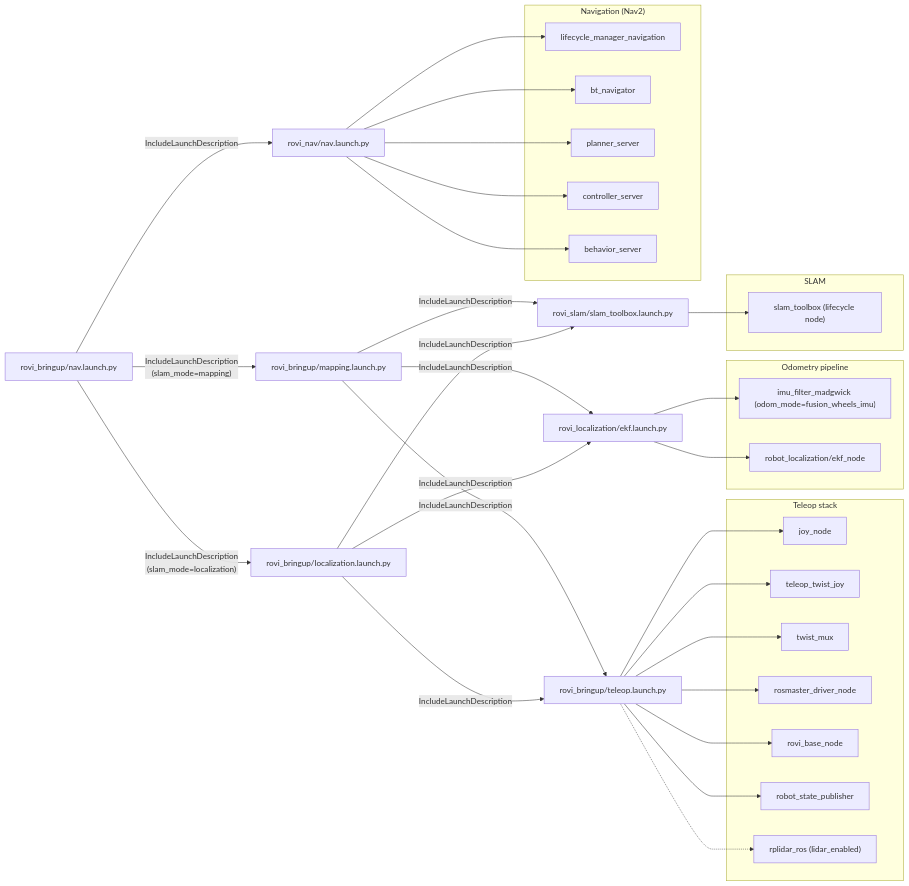
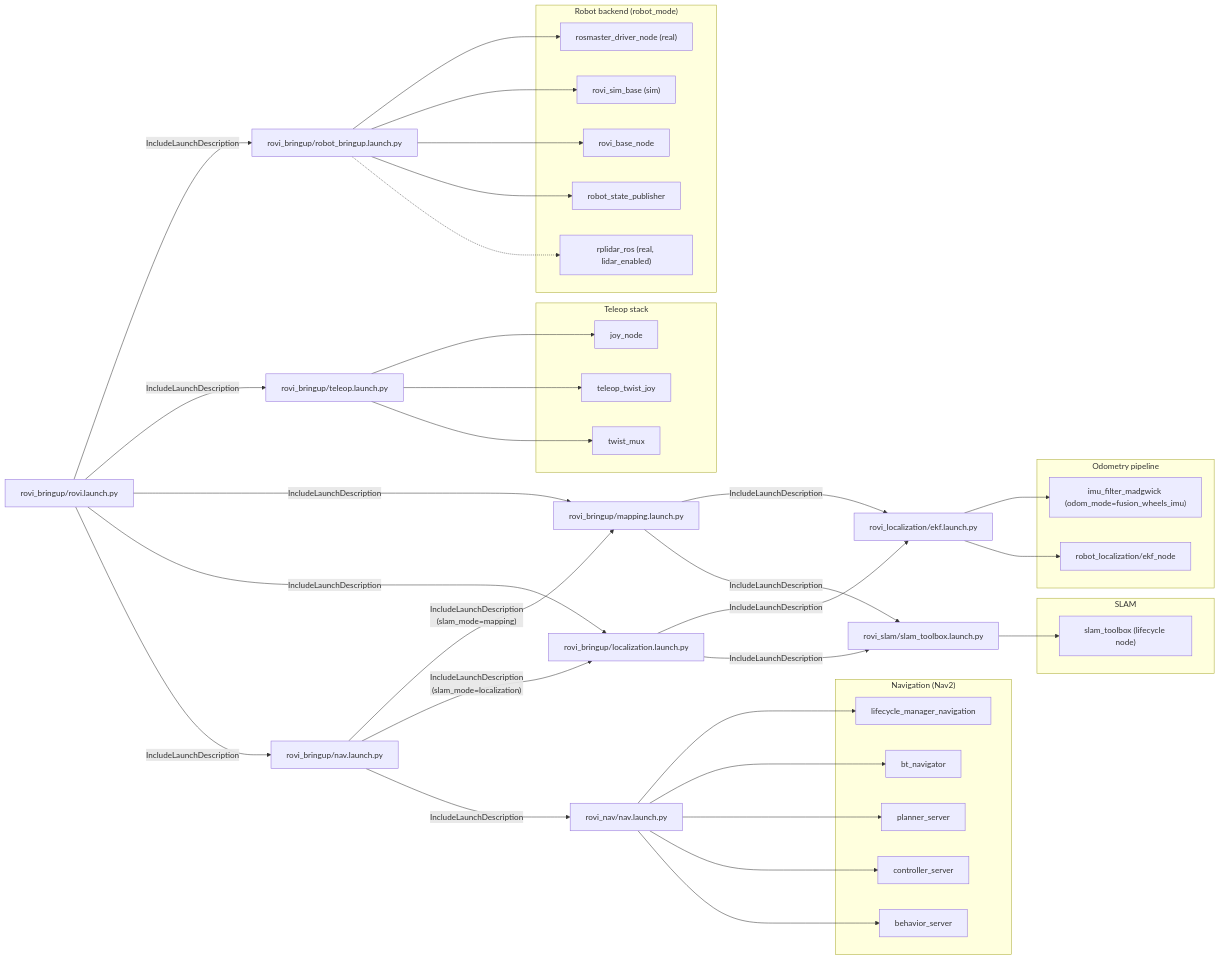
The tenth of 12 diagrams in README.md (Roblibs/rovi_ros_ws), drawn with Mermaid before and after one commit. The commit also changed other lines of this file and 7 other files, not shown here.

````diff
--- a/README.md
+++ b/README.md
@@ -502,66 +513,78 @@
 ```mermaid
 flowchart LR
-  Mapping["rovi_bringup/mapping.launch.py"]
-  Localization["rovi_bringup/localization.launch.py"]
-  NavLaunch["rovi_bringup/nav.launch.py"]
+  Rovi["rovi_bringup/rovi.launch.py"]
+  RobotBringup["rovi_bringup/robot_bringup.launch.py"]
 
   TeleopLaunch["rovi_bringup/teleop.launch.py"]
   EkfLaunch["rovi_localization/ekf.launch.py"]
   SlamLaunch["rovi_slam/slam_toolbox.launch.py"]
   NavStackLaunch["rovi_nav/nav.launch.py"]
 
-  Mapping -->|IncludeLaunchDescription| TeleopLaunch
+  Mapping["rovi_bringup/mapping.launch.py"]
+  Localization["rovi_bringup/localization.launch.py"]
+  NavLaunch["rovi_bringup/nav.launch.py"]
+
+  Rovi -->|IncludeLaunchDescription| RobotBringup
+  Rovi -->|IncludeLaunchDescription| TeleopLaunch
+  Rovi -->|IncludeLaunchDescription| Mapping
+  Rovi -->|IncludeLaunchDescription| Localization
+  Rovi -->|IncludeLaunchDescription| NavLaunch
+
   Mapping -->|IncludeLaunchDescription| EkfLaunch
   Mapping -->|IncludeLaunchDescription| SlamLaunch
 
-  Localization -->|IncludeLaunchDescription| TeleopLaunch
   Localization -->|IncludeLaunchDescription| EkfLaunch
   Localization -->|IncludeLaunchDescription| SlamLaunch
 
   NavLaunch -->|"IncludeLaunchDescription<br/>(slam_mode=mapping)"| Mapping
   NavLaunch -->|"IncludeLaunchDescription<br/>(slam_mode=localization)"| Localization
   NavLaunch -->|IncludeLaunchDescription| NavStackLaunch
 
   subgraph TeleopStack[Teleop stack]
     Joy["joy_node"]
     TeleopTwist["teleop_twist_joy"]
     TwistMux["twist_mux"]
-    Rosmaster["rosmaster_driver_node"]
+  end
+
+  subgraph Backend["Robot backend (robot_mode)"]
+    Rosmaster["rosmaster_driver_node (real)"]
+    RoviSimBase["rovi_sim_base (sim)"]
     RoviBase["rovi_base_node"]
     RSP["robot_state_publisher"]
-    Rplidar["rplidar_ros (lidar_enabled)"]
+    Rplidar["rplidar_ros (real, lidar_enabled)"]
   end
   TeleopLaunch --> Joy
   TeleopLaunch --> TeleopTwist
   TeleopLaunch --> TwistMux
-  TeleopLaunch --> Rosmaster
-  TeleopLaunch --> RoviBase
-  TeleopLaunch --> RSP
-  TeleopLaunch -.-> Rplidar
+  RobotBringup --> Rosmaster
+  RobotBringup --> RoviSimBase
+  RobotBringup --> RoviBase
+  RobotBringup --> RSP
+  RobotBringup -.-> Rplidar
 
   subgraph OdomStack[Odometry pipeline]
     ImuFilter["imu_filter_madgwick (odom_mode=fusion_wheels_imu)"]
     EkfNode["robot_localization/ekf_node"]
   end
   EkfLaunch --> ImuFilter
   EkfLaunch --> EkfNode
 
   subgraph SlamStack[SLAM]
     SlamTB["slam_toolbox (lifecycle node)"]
   end
   SlamLaunch --> SlamTB
 
   subgraph NavStack["Navigation (Nav2)"]
     NavLife["lifecycle_manager_navigation"]
     NavBT["bt_navigator"]
     NavPlanner["planner_server"]
     NavController["controller_server"]
     NavBehaviors["behavior_server"]
   end
   NavStackLaunch --> NavLife
   NavStackLaunch --> NavBT
   NavStackLaunch --> NavPlanner
   NavStackLaunch --> NavController
   NavStackLaunch --> NavBehaviors
 
 ```
````
